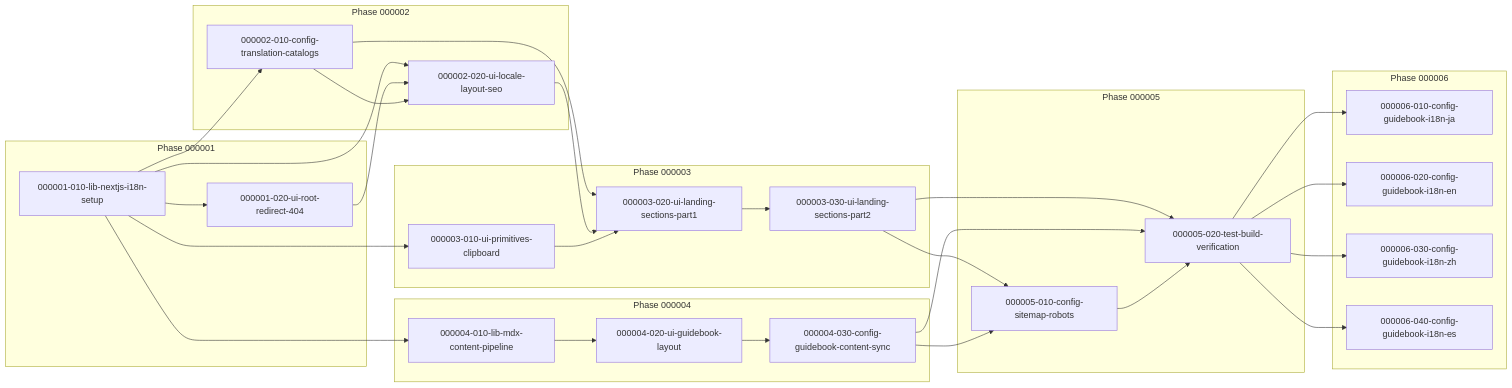
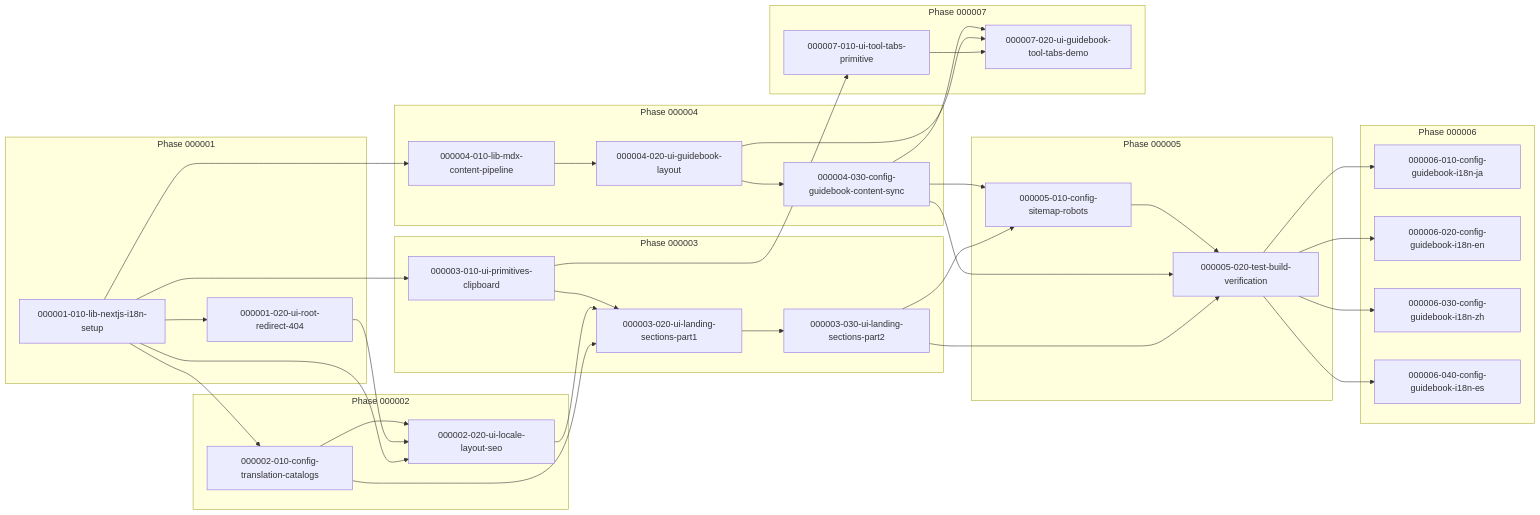
Before and after one commit to yongwoon/ywc-agent-toolkit-lp: the diagram in tasks/dependency-graph.md, drawn with Mermaid. The commit also changed other lines of this file and 10 other files, not shown here.

Commit message:
chore: add guidebook tool tabs tasks

````diff
--- a/tasks/dependency-graph.md
+++ b/tasks/dependency-graph.md
@@ -45,51 +51,59 @@
 ```mermaid
 graph LR
   subgraph Phase 000001
     A1[000001-010-lib-nextjs-i18n-setup] --> A2[000001-020-ui-root-redirect-404]
   end
   subgraph Phase 000002
     B1[000002-010-config-translation-catalogs]
     B2[000002-020-ui-locale-layout-seo]
     A1 --> B1
     A1 --> B2
     A2 --> B2
     B1 --> B2
   end
   subgraph Phase 000003
     C1[000003-010-ui-primitives-clipboard]
     C2[000003-020-ui-landing-sections-part1]
     C3[000003-030-ui-landing-sections-part2]
     A1 --> C1
     B1 --> C2
     B2 --> C2
     C1 --> C2
     C2 --> C3
   end
   subgraph Phase 000004
     D1[000004-010-lib-mdx-content-pipeline]
     D2[000004-020-ui-guidebook-layout]
     D3[000004-030-config-guidebook-content-sync]
     A1 --> D1
     D1 --> D2
     D2 --> D3
   end
   subgraph Phase 000005
     E1[000005-010-config-sitemap-robots]
     E2[000005-020-test-build-verification]
     C3 --> E1
     D3 --> E1
     C3 --> E2
     D3 --> E2
     E1 --> E2
   end
   subgraph Phase 000006
     F1[000006-010-config-guidebook-i18n-ja]
     F2[000006-020-config-guidebook-i18n-en]
     F3[000006-030-config-guidebook-i18n-zh]
     F4[000006-040-config-guidebook-i18n-es]
     E2 --> F1
     E2 --> F2
     E2 --> F3
     E2 --> F4
   end
+  subgraph Phase 000007
+    G1[000007-010-ui-tool-tabs-primitive]
+    G2[000007-020-ui-guidebook-tool-tabs-demo]
+    C1 --> G1
+    G1 --> G2
+    D2 --> G2
+    D3 --> G2
+  end
 ```
````
